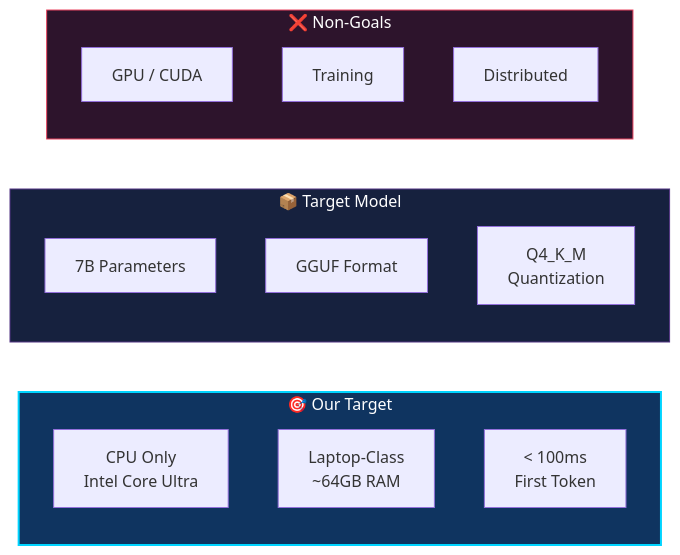
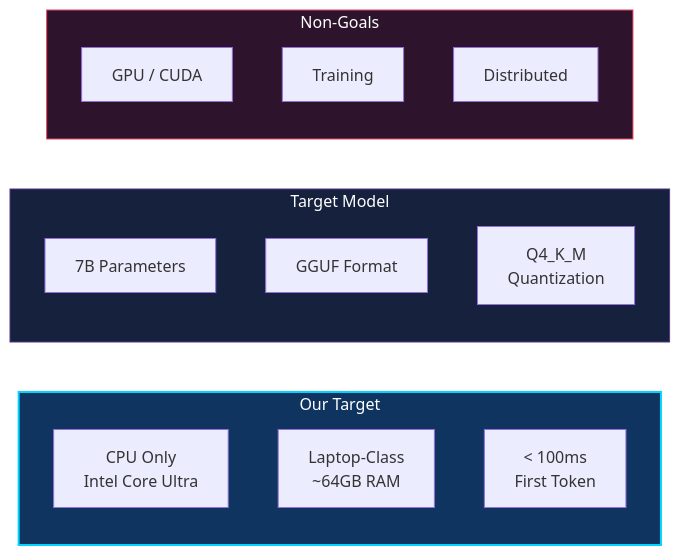
Before and after one commit to ch09/Low_Latency_Inference_optimization_LLM-LL_LLM-: the seventh of 25 diagrams in docs/project_documentation.md, drawn with Mermaid. The commit also changed other lines of this file and 1 other file, not shown here.

````diff
--- a/docs/project_documentation.md
+++ b/docs/project_documentation.md
@@ -268,24 +268,24 @@
 ```mermaid
 flowchart LR
-    subgraph Target["🎯 Our Target"]
+    subgraph Target["Our Target"]
         CPU["CPU Only<br/>Intel Core Ultra"]
         LAPTOP["Laptop-Class<br/>~64GB RAM"]
         LATENCY["< 100ms<br/>First Token"]
     end
 
-    subgraph Model["📦 Target Model"]
+    subgraph Model["Target Model"]
         SIZE["7B Parameters"]
         FORMAT["GGUF Format"]
         QUANT_T["Q4_K_M<br/>Quantization"]
     end
 
-    subgraph NonGoals["❌ Non-Goals"]
+    subgraph NonGoals["Non-Goals"]
         GPU_NG["GPU / CUDA"]
         TRAIN["Training"]
         DIST["Distributed"]
     end
 
     style Target fill:#0f3460,stroke:#00d4ff,stroke-width:2px,color:#fff
     style Model fill:#16213e,stroke:#533483,color:#fff
     style NonGoals fill:#2d142c,stroke:#e94560,color:#fff
 ```
````
